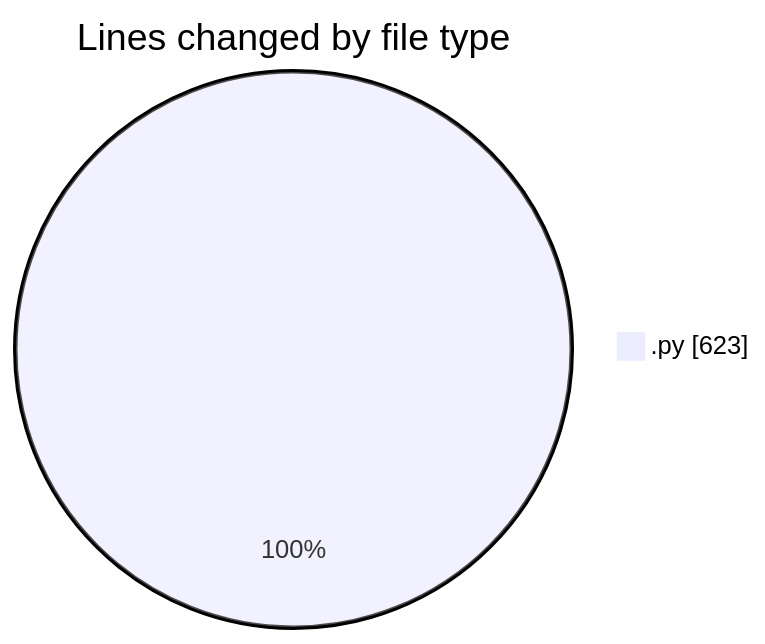
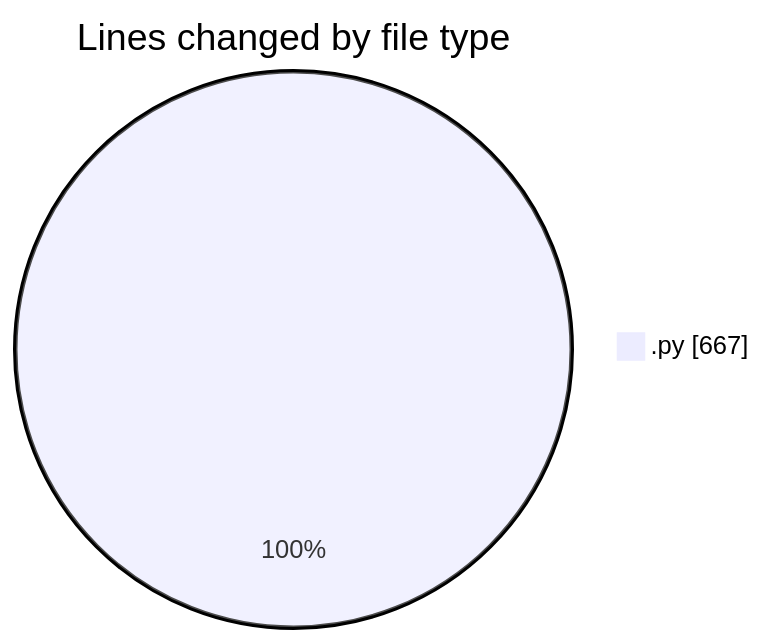
One commit to julien-gomy/code-tracking changed the first of 2 diagrams in 2025-10-21/eventscop-api-guide__workspace_/README.md. Above: the diagram before and after it, drawn with Mermaid. The commit also changed other lines of this file and 1 other file, not shown here.

````diff
--- a/2025-10-21/eventscop-api-guide__workspace_/README.md
+++ b/2025-10-21/eventscop-api-guide__workspace_/README.md
@@ -23,5 +23,5 @@
 ```mermaid
 pie showData
 title Lines changed by file type
-".py" : 623
+".py" : 667
 ```
````
